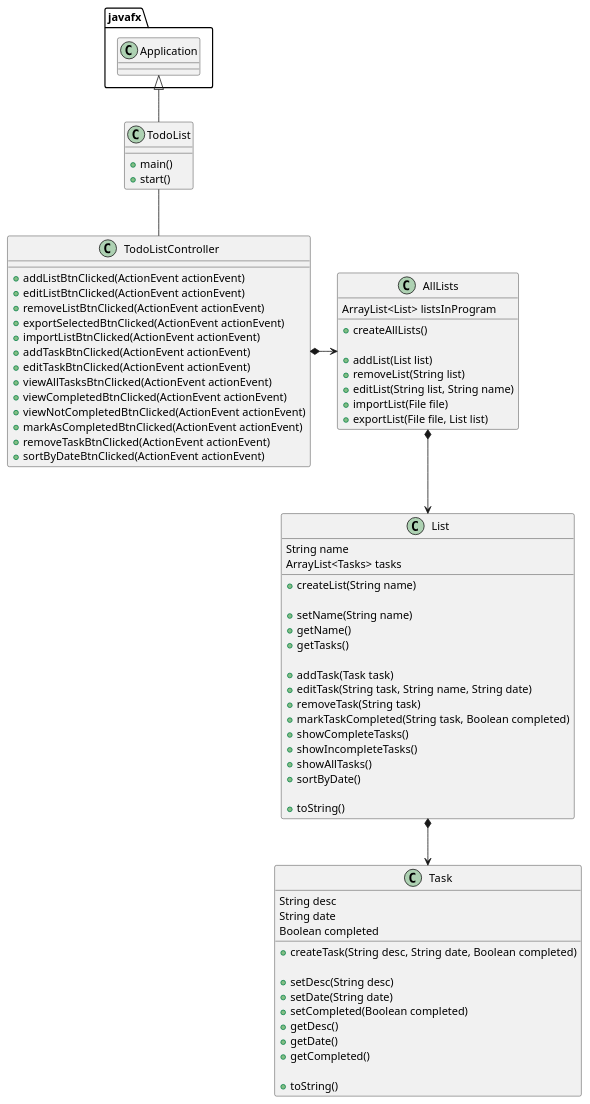
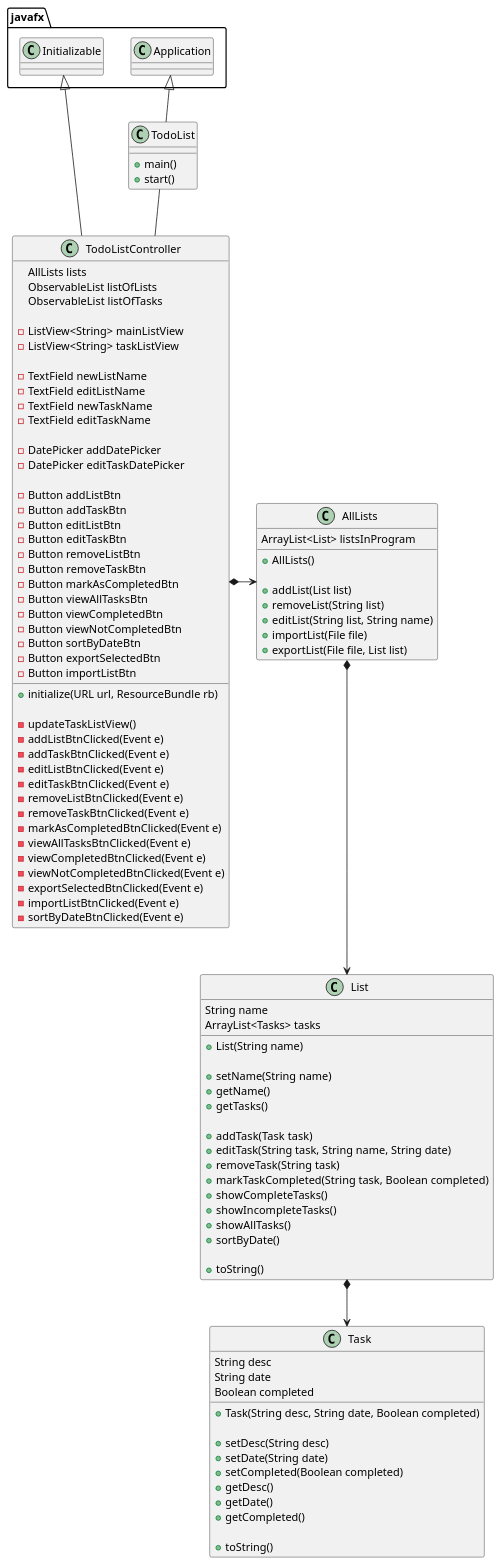
The diagram in uml/ClassDiagram.puml (josevalen2001/valencia-cop3330-assignment4part2), drawn with PlantUML before and after one commit. The commit also changed 1 other file, not shown here.

Commit message:
Some comments and uml

```diff
--- a/uml/ClassDiagram.puml
+++ b/uml/ClassDiagram.puml
@@ -6,96 +6,128 @@
 @startuml
 'https://plantuml.com/class-diagram
 
 class TodoList {
 
     + main()
     + start()
 
 }
 
 class TodoListController {
 
-    + addListBtnClicked(ActionEvent actionEvent)
-    + editListBtnClicked(ActionEvent actionEvent)
-    + removeListBtnClicked(ActionEvent actionEvent)
-    + exportSelectedBtnClicked(ActionEvent actionEvent)
-    + importListBtnClicked(ActionEvent actionEvent)
-    + addTaskBtnClicked(ActionEvent actionEvent)
-    + editTaskBtnClicked(ActionEvent actionEvent)
-    + viewAllTasksBtnClicked(ActionEvent actionEvent)
-    + viewCompletedBtnClicked(ActionEvent actionEvent)
-    + viewNotCompletedBtnClicked(ActionEvent actionEvent)
-    + markAsCompletedBtnClicked(ActionEvent actionEvent)
-    + removeTaskBtnClicked(ActionEvent actionEvent)
-    + sortByDateBtnClicked(ActionEvent actionEvent)
+    AllLists lists
+    ObservableList listOfLists
+    ObservableList listOfTasks
 
+    - ListView<String> mainListView
+    - ListView<String> taskListView
+
+    - TextField newListName
+    - TextField editListName
+    - TextField newTaskName
+    - TextField editTaskName
+
+    - DatePicker addDatePicker
+    - DatePicker editTaskDatePicker
+
+    - Button addListBtn
+    - Button addTaskBtn
+    - Button editListBtn
+    - Button editTaskBtn
+    - Button removeListBtn
+    - Button removeTaskBtn
+    - Button markAsCompletedBtn
+    - Button viewAllTasksBtn
+    - Button viewCompletedBtn
+    - Button viewNotCompletedBtn
+    - Button sortByDateBtn
+    - Button exportSelectedBtn
+    - Button importListBtn
+
+    + initialize(URL url, ResourceBundle rb)
+
+    - updateTaskListView()
+    - addListBtnClicked(Event e)
+    - addTaskBtnClicked(Event e)
+    - editListBtnClicked(Event e)
+    - editTaskBtnClicked(Event e)
+    - removeListBtnClicked(Event e)
+    - removeTaskBtnClicked(Event e)
+    - markAsCompletedBtnClicked(Event e)
+    - viewAllTasksBtnClicked(Event e)
+    - viewCompletedBtnClicked(Event e)
+    - viewNotCompletedBtnClicked(Event e)
+    - exportSelectedBtnClicked(Event e)
+    - importListBtnClicked(Event e)
+    - sortByDateBtnClicked(Event e)
 }
 
 class AllLists {
 
     ArrayList<List> listsInProgram
 
-    + createAllLists()
+    + AllLists()
 
     + addList(List list)
     + removeList(String list)
     + editList(String list, String name)
     + importList(File file)
     + exportList(File file, List list)
 
 
 }
 
 class List {
 
     String name
     ArrayList<Tasks> tasks
 
-    + createList(String name)
+    + List(String name)
 
     + setName(String name)
     + getName()
     + getTasks()
 
     + addTask(Task task)
     + editTask(String task, String name, String date)
     + removeTask(String task)
     + markTaskCompleted(String task, Boolean completed)
     + showCompleteTasks()
     + showIncompleteTasks()
     + showAllTasks()
     + sortByDate()
 
     + toString()
 
 
 }
 
 class Task {
 
     String desc
     String date
     Boolean completed
 
-    + createTask(String desc, String date, Boolean completed)
+    + Task(String desc, String date, Boolean completed)
 
     + setDesc(String desc)
     + setDate(String date)
     + setCompleted(Boolean completed)
     + getDesc()
     + getDate()
     + getCompleted()
 
     + toString()
 
 
 }
 
+javafx.Initializable <|--- TodoListController
 javafx.Application <|-- TodoList
 TodoList -- TodoListController
 TodoListController *-> AllLists
 AllLists *--> List
 List *--> Task
 
 
 @enduml
```
